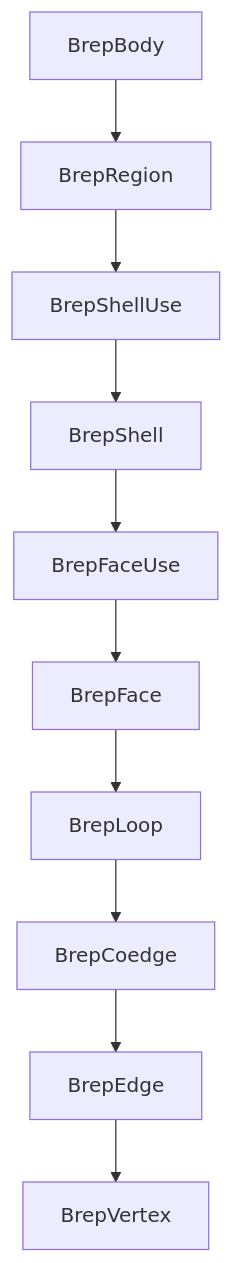
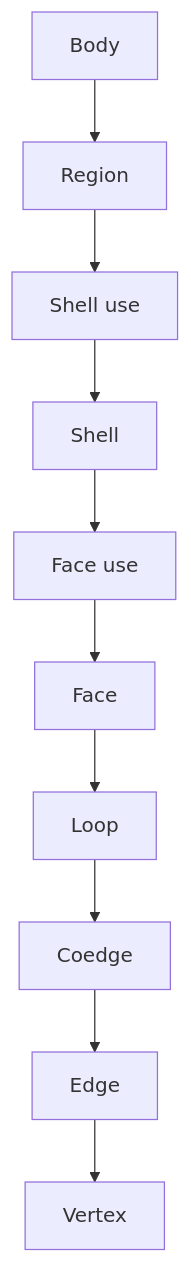
One commit to TryUniCAD/Kit changed the diagram in Documentation/Reference/Model/Brep.md. Above: the diagram before and after it, drawn with Mermaid. The commit also changed other lines of this file and 53 other files, not shown here.

````diff
--- a/Documentation/Reference/Model/Brep.md
+++ b/Documentation/Reference/Model/Brep.md
@@ -41,12 +31,12 @@
 ```mermaid
-graph TD
-    Body[BrepBody] --> Region[BrepRegion]
-    Region --> ShellUse[BrepShellUse]
-    ShellUse --> Shell[BrepShell]
-    Shell --> FaceUse[BrepFaceUse]
-    FaceUse --> Face[BrepFace]
-    Face --> Loop[BrepLoop]
-    Loop --> Coedge[BrepCoedge]
-    Coedge --> Edge[BrepEdge]
-    Edge --> Vertex[BrepVertex]
+flowchart TD
+    Body --> Region
+    Region --> ShellUse[Shell use]
+    ShellUse --> Shell
+    Shell --> FaceUse[Face use]
+    FaceUse --> Face
+    Face --> Loop
+    Loop --> Coedge
+    Coedge --> Edge
+    Edge --> Vertex
 ```
````
